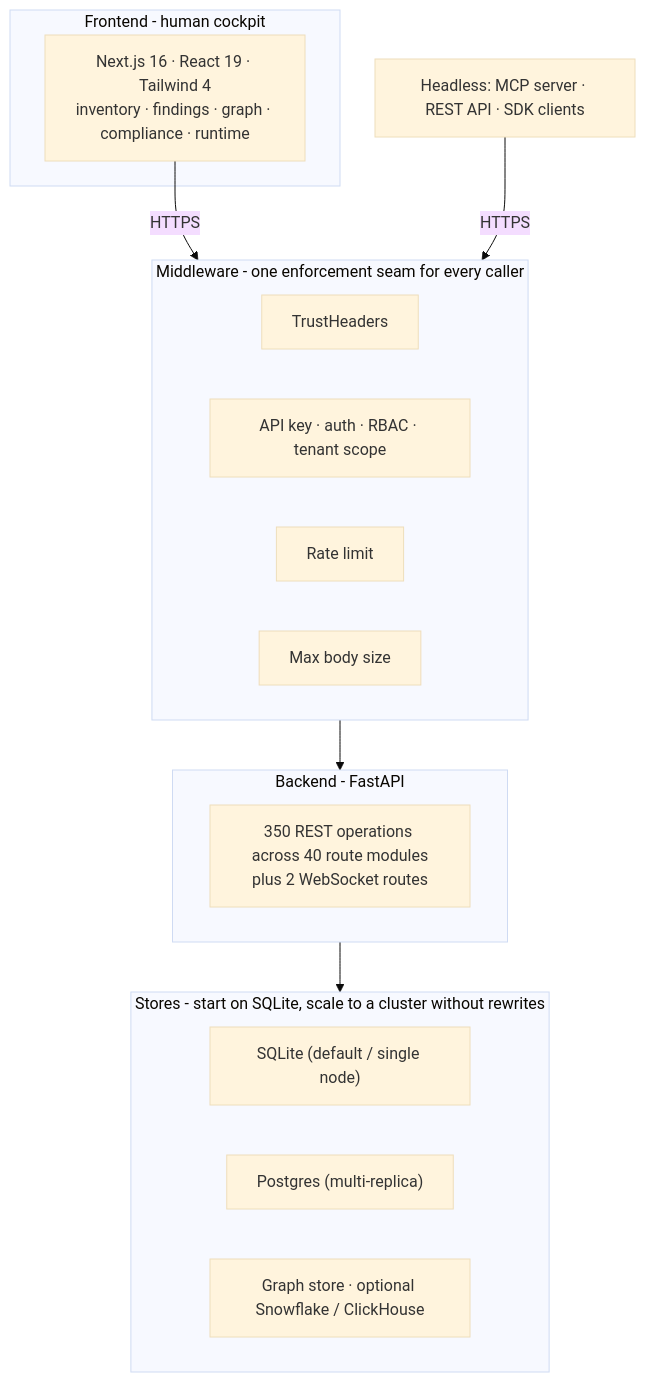
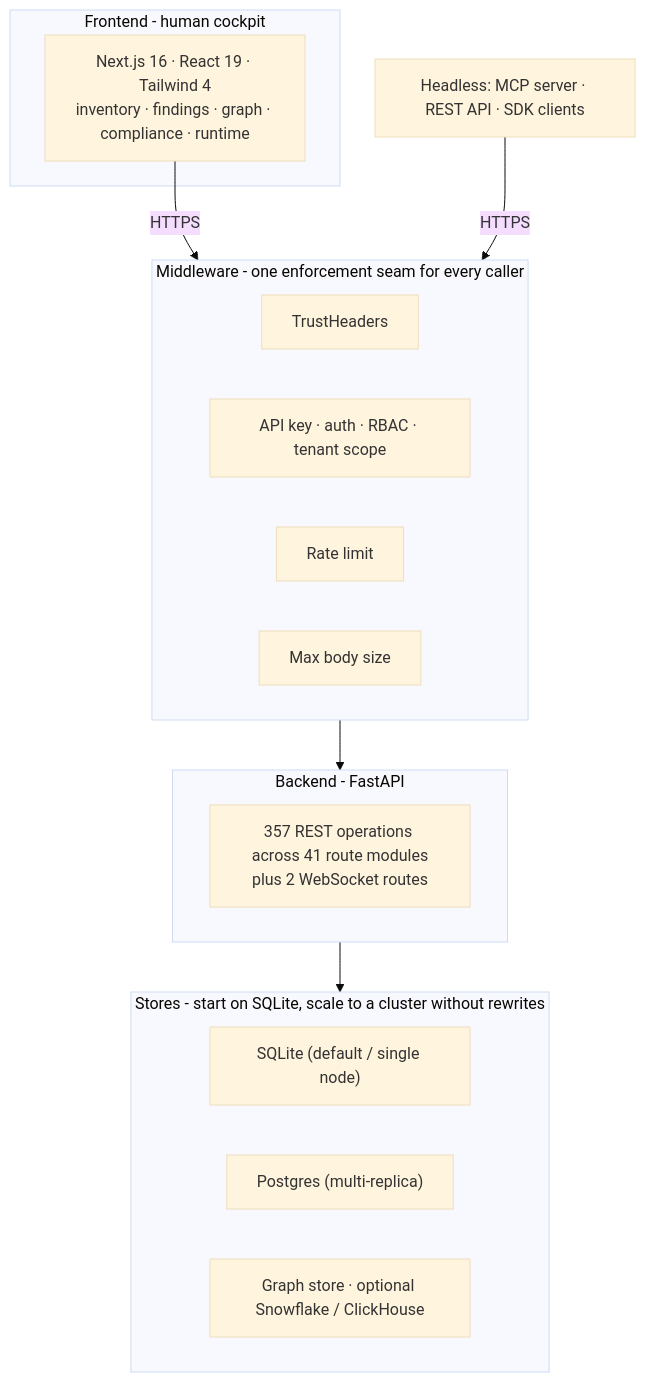
Before and after one commit to msaad00/agent-bom: the fourth of 9 diagrams in docs/ARCHITECTURE.md, drawn with Mermaid (base theme). The commit also changed other lines of this file and 19 other files, not shown here.

````diff
--- a/docs/ARCHITECTURE.md
+++ b/docs/ARCHITECTURE.md
@@ -146,26 +146,26 @@
 ```mermaid
 flowchart TB
     subgraph FE["Frontend - human cockpit"]
         UI["Next.js 16 · React 19 · Tailwind 4\ninventory · findings · graph · compliance · runtime"]
     end
     subgraph MW["Middleware - one enforcement seam for every caller"]
         M1["TrustHeaders"]
         M2["API key · auth · RBAC · tenant scope"]
         M3["Rate limit"]
         M4["Max body size"]
     end
     subgraph BE["Backend - FastAPI"]
-        R["350 REST operations across 40 route modules\nplus 2 WebSocket routes"]
+        R["357 REST operations across 41 route modules\nplus 2 WebSocket routes"]
     end
     subgraph ST["Stores - start on SQLite, scale to a cluster without rewrites"]
         S1["SQLite (default / single node)"]
         S2["Postgres (multi-replica)"]
         S3["Graph store · optional Snowflake / ClickHouse"]
     end
 
     EXTAGENT["Headless: MCP server · REST API · SDK clients"]
 
     UI -->|HTTPS| MW
     EXTAGENT -->|HTTPS| MW
     MW --> BE --> ST
 ```
````
